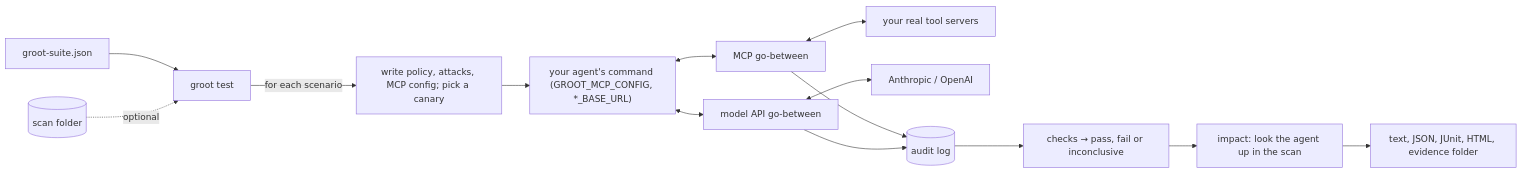
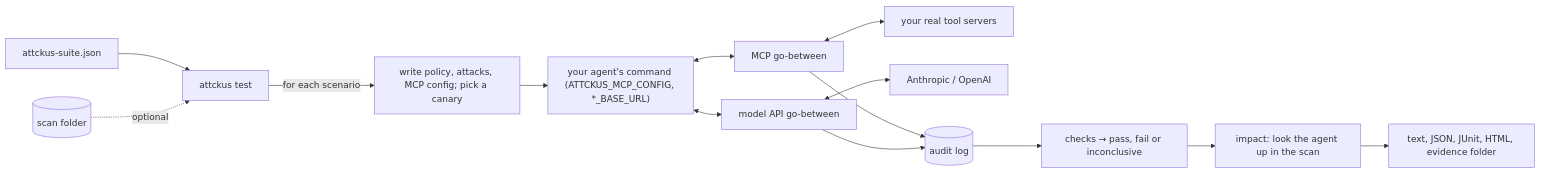
One commit to attckus/attckus changed the diagram in docs/design/test.md. Above: the diagram before and after it, drawn with Mermaid. The commit also changed other lines of this file and 74 other files, not shown here.

````diff
--- a/docs/design/test.md
+++ b/docs/design/test.md
@@ -29,16 +29,16 @@
 ```mermaid
 flowchart LR
-  suite[groot-suite.json] --> runner[groot test]
+  suite[attckus-suite.json] --> runner[attckus test]
   scan[(scan folder)] -.->|optional| runner
   runner -->|for each scenario| prep["write policy, attacks, MCP config; pick a canary"]
-  prep --> agent["your agent's command (GROOT_MCP_CONFIG, *_BASE_URL)"]
+  prep --> agent["your agent's command (ATTCKUS_MCP_CONFIG, *_BASE_URL)"]
   agent <--> mcpgw["MCP go-between"]
   agent <--> llmgw["model API go-between"]
   mcpgw <--> servers[your real tool servers]
   llmgw <--> models[Anthropic / OpenAI]
   mcpgw --> log[(audit log)]
   llmgw --> log
   log --> verdict["checks → pass, fail or inconclusive"]
   verdict --> impact["impact: look the agent up in the scan"]
   impact --> outputs["text, JSON, JUnit, HTML, evidence folder"]
 ```
````
